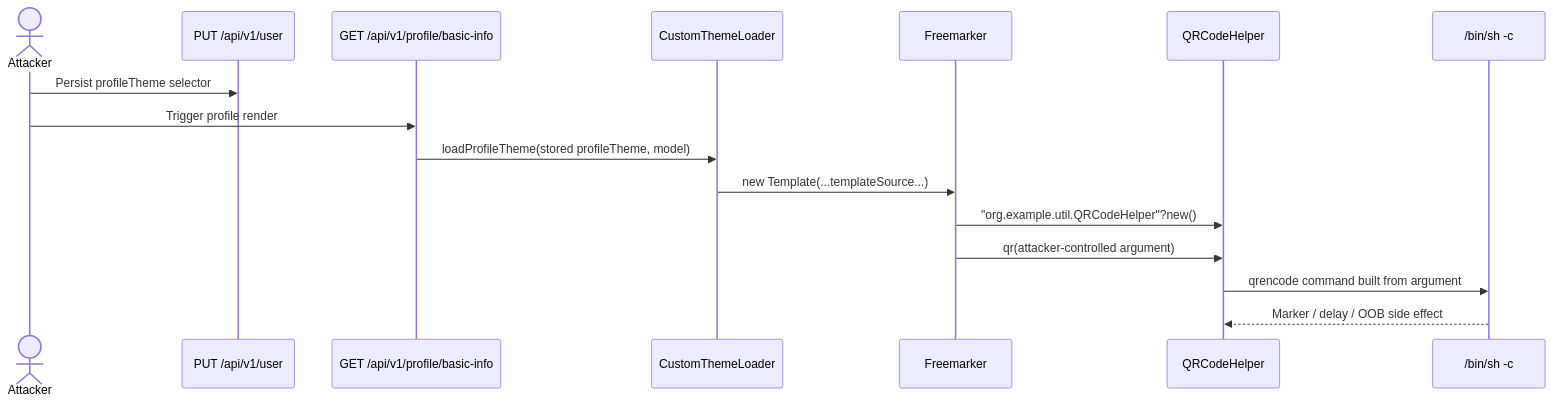
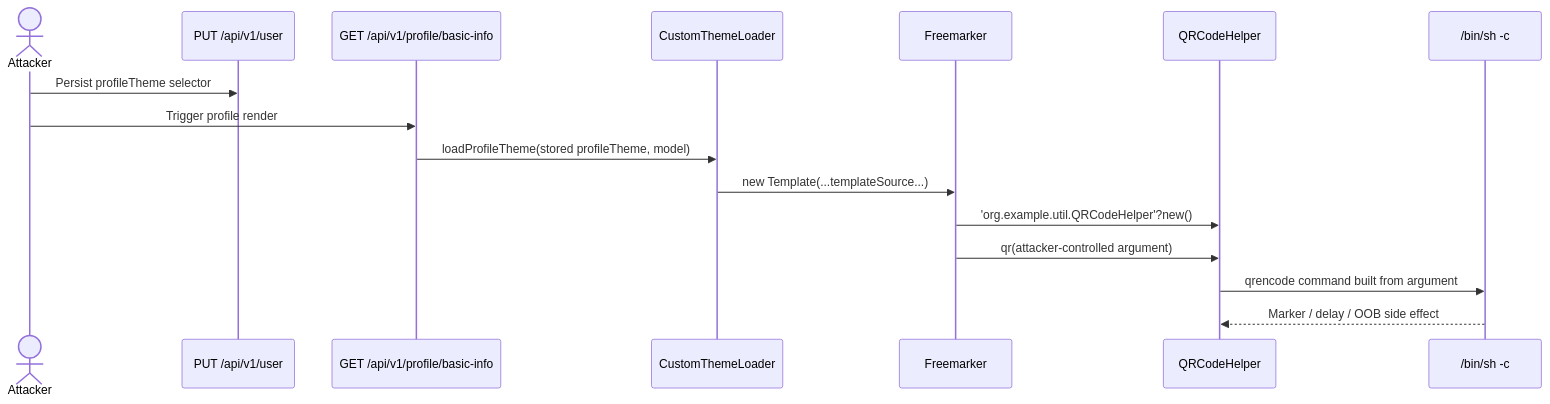
Before and after one commit to tr1la/WebLab_KTVAirline: diagram 24 of 44 in Report/Weblab All Vulnerabilities.md, drawn with Mermaid. The commit also changed other lines of this file and 10 other files, not shown here.

````diff
--- a/Report/Weblab All Vulnerabilities.md
+++ b/Report/Weblab All Vulnerabilities.md
@@ -3346,19 +3585,19 @@
 ```mermaid
 sequenceDiagram
     actor Attacker
     participant UserAPI as PUT /api/v1/user
     participant Profile as GET /api/v1/profile/basic-info
     participant Loader as CustomThemeLoader
     participant FTL as Freemarker
     participant QR as QRCodeHelper
     participant Shell as /bin/sh -c
 
     Attacker->>UserAPI: Persist profileTheme selector
     Attacker->>Profile: Trigger profile render
     Profile->>Loader: loadProfileTheme(stored profileTheme, model)
     Loader->>FTL: new Template(...templateSource...)
-    FTL->>QR: "org.example.util.QRCodeHelper"?new()
+    FTL->>QR: 'org.example.util.QRCodeHelper'?new()
     FTL->>QR: qr(attacker-controlled argument)
     QR->>Shell: qrencode command built from argument
     Shell-->>QR: Marker / delay / OOB side effect
 ```
````
